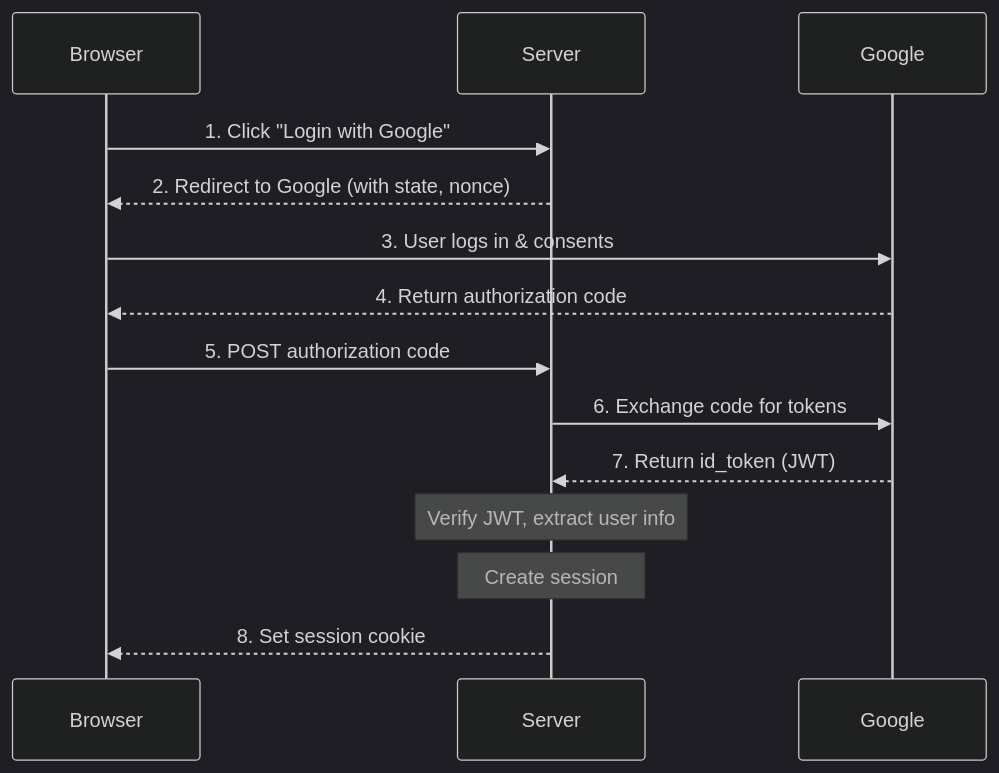
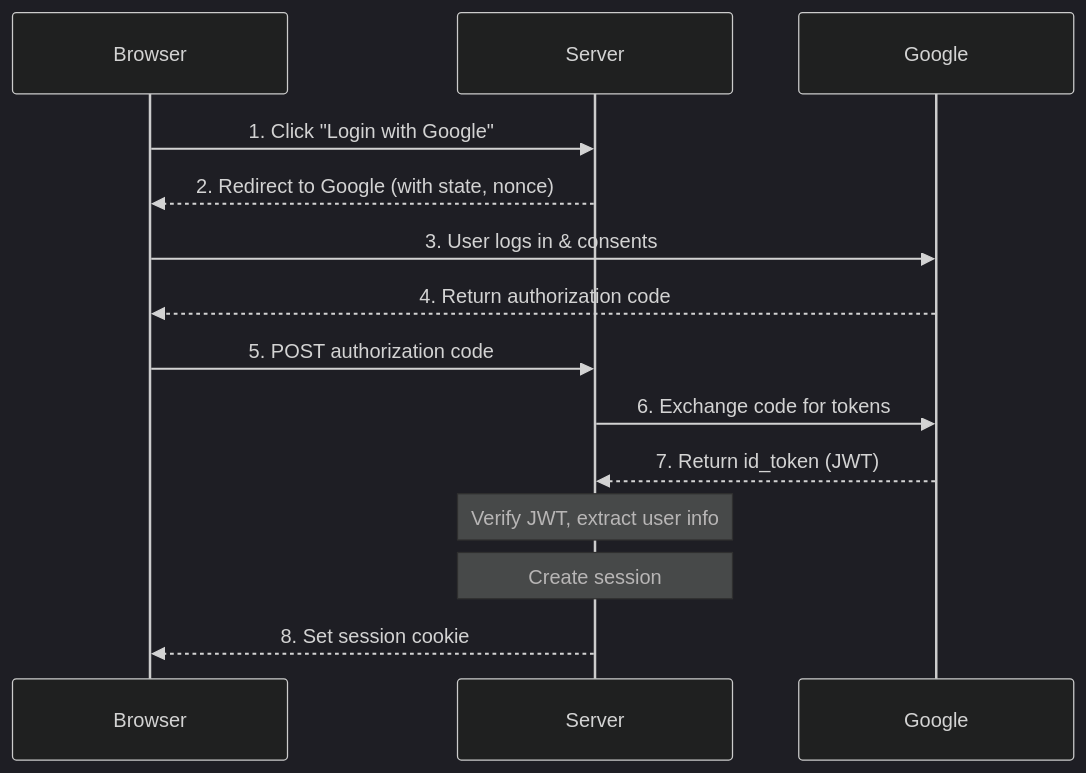
One commit to ktaka-ccmp/oauth2-passkey-talks changed the diagram in 2026-03-31-tokyo-rust/diagrams/oauth2-flow.mmd. Above: the diagram before and after it, drawn with Mermaid (dark theme). The commit also changed 9 other files, not shown here.

```diff
--- a/2026-03-31-tokyo-rust/diagrams/oauth2-flow.mmd
+++ b/2026-03-31-tokyo-rust/diagrams/oauth2-flow.mmd
@@ -1,15 +1,16 @@
+%%{init: {'sequence': {'width': 220}}}%%
 sequenceDiagram
     participant B as Browser
     participant S as Server
     participant G as Google
 
     B->>S: 1. Click "Login with Google"
     S-->>B: 2. Redirect to Google (with state, nonce)
     B->>G: 3. User logs in & consents
     G-->>B: 4. Return authorization code
     B->>S: 5. POST authorization code
     S->>G: 6. Exchange code for tokens
     G-->>S: 7. Return id_token (JWT)
     Note over S: Verify JWT, extract user info
     Note over S: Create session
     S-->>B: 8. Set session cookie
```
